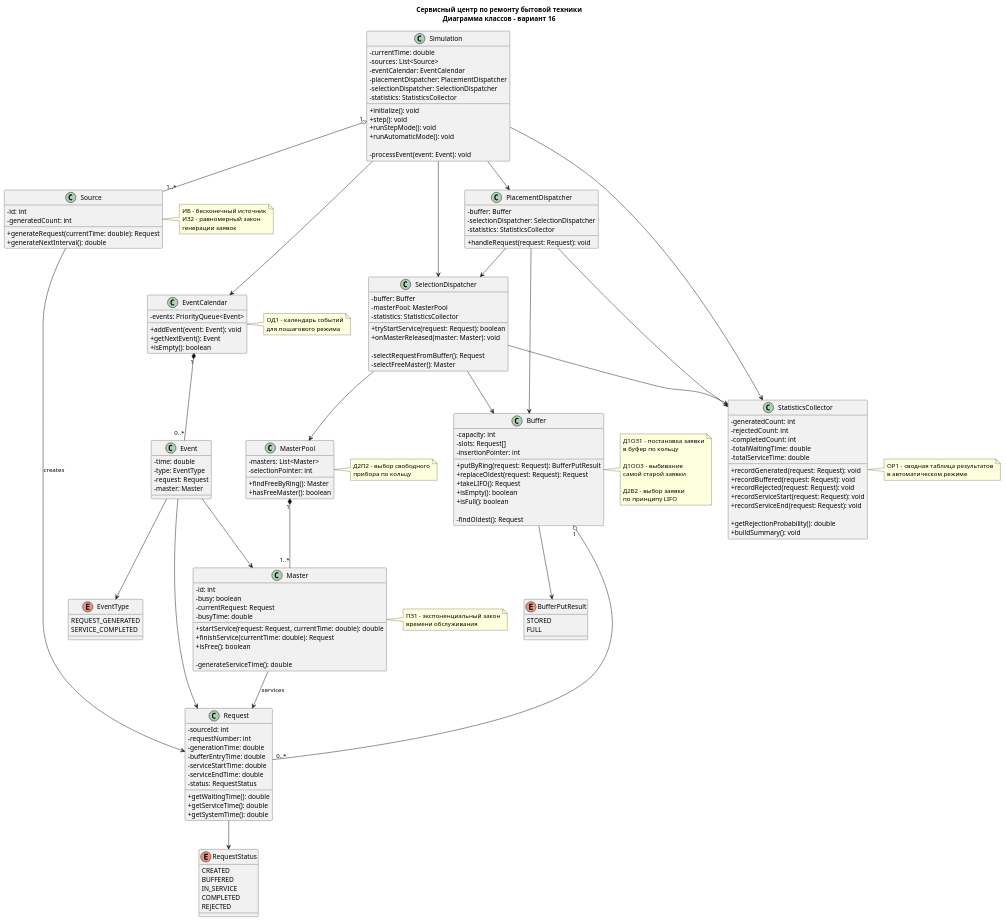
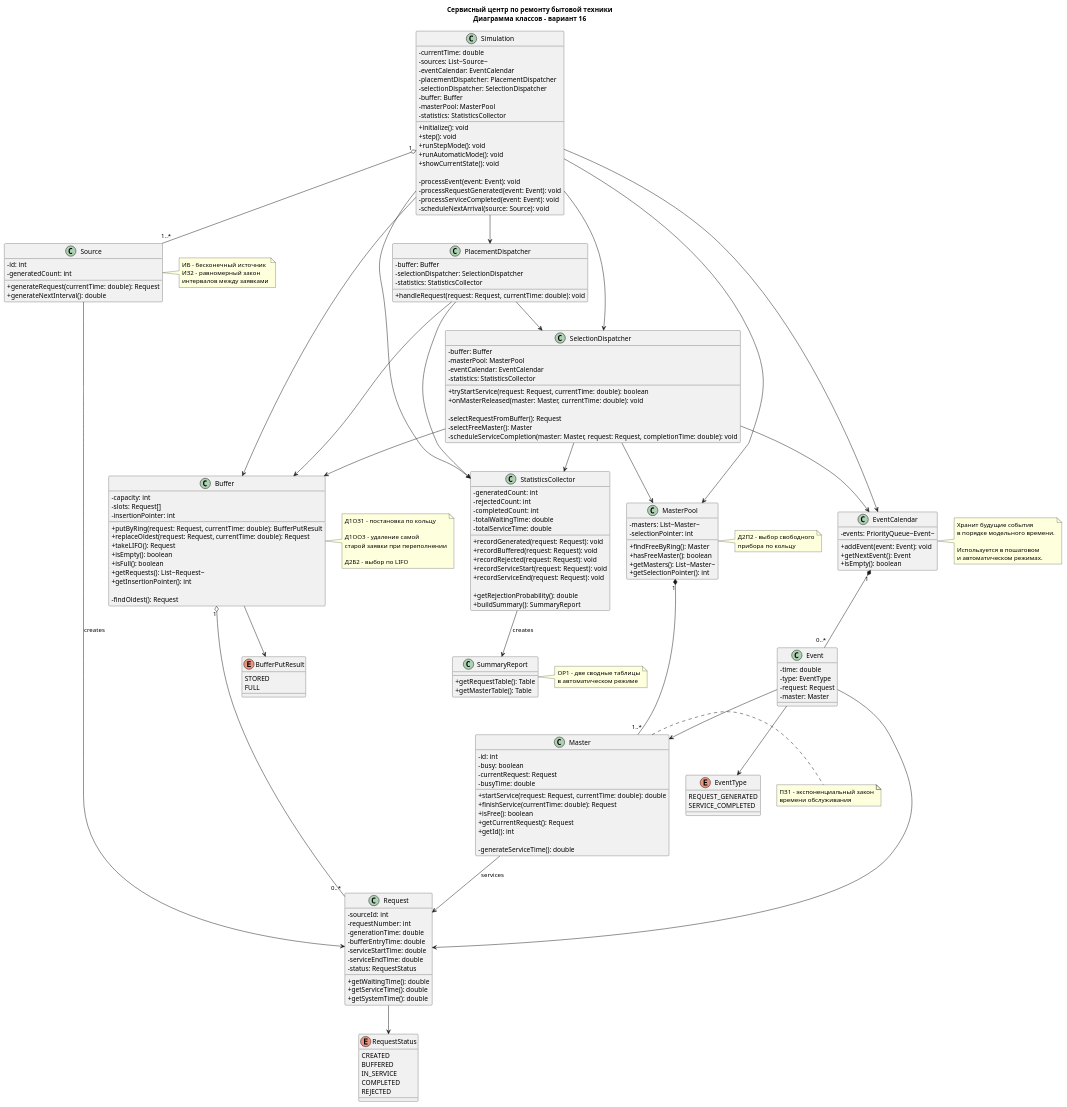
One commit to aishasanatbekovabishkek/aps-sanatbekova changed the diagram in docs/diagrams/class/class-diagram.puml. Above: the diagram before and after it, drawn with PlantUML. The commit also changed other lines of this file, not shown here.

```diff
--- a/docs/diagrams/class/class-diagram.puml
+++ b/docs/diagrams/class/class-diagram.puml
@@ -15,7 +16,7 @@
 note right of Source
 ИБ - бесконечный источник
 ИЗ2 - равномерный закон
-генерации заявок
+интервалов между заявками
 end note
 
 class Request {
@@ -45,7 +46,7 @@
     - selectionDispatcher: SelectionDispatcher
     - statistics: StatisticsCollector
 
-    + handleRequest(request: Request): void
+    + handleRequest(request: Request, currentTime: double): void
 }
 
 class Buffer {
@@ -53,24 +54,24 @@
     - slots: Request[]
     - insertionPointer: int
 
-    + putByRing(request: Request): BufferPutResult
-    + replaceOldest(request: Request): Request
+    + putByRing(request: Request, currentTime: double): BufferPutResult
+    + replaceOldest(request: Request, currentTime: double): Request
     + takeLIFO(): Request
     + isEmpty(): boolean
     + isFull(): boolean
+    + getRequests(): List~Request~
+    + getInsertionPointer(): int
 
     - findOldest(): Request
 }
 
 note right of Buffer
-Д1ОЗ1 - постановка заявки
-в буфер по кольцу
+Д1ОЗ1 - постановка по кольцу
 
-Д1ОО3 - выбивание
-самой старой заявки
+Д1ОО3 - удаление самой
+старой заявки при переполнении
 
-Д2Б2 - выбор заявки
-по принципу LIFO
+Д2Б2 - выбор по LIFO
 end note
 
 enum BufferPutResult {
@@ -81,21 +82,25 @@
 class SelectionDispatcher {
     - buffer: Buffer
     - masterPool: MasterPool
+    - eventCalendar: EventCalendar
     - statistics: StatisticsCollector
 
-    + tryStartService(request: Request): boolean
-    + onMasterReleased(master: Master): void
+    + tryStartService(request: Request, currentTime: double): boolean
+    + onMasterReleased(master: Master, currentTime: double): void
 
     - selectRequestFromBuffer(): Request
     - selectFreeMaster(): Master
+    - scheduleServiceCompletion(master: Master, request: Request, completionTime: double): void
 }
 
 class MasterPool {
-    - masters: List<Master>
+    - masters: List~Master~
     - selectionPointer: int
 
     + findFreeByRing(): Master
     + hasFreeMaster(): boolean
+    + getMasters(): List~Master~
+    + getSelectionPointer(): int
 }
 
 note right of MasterPool
@@ -112,6 +117,8 @@
     + startService(request: Request, currentTime: double): double
     + finishService(currentTime: double): Request
     + isFree(): boolean
+    + getCurrentRequest(): Request
+    + getId(): int
 
     - generateServiceTime(): double
 }
@@ -134,7 +141,7 @@
 }
 
 class EventCalendar {
-    - events: PriorityQueue<Event>
+    - events: PriorityQueue~Event~
 
     + addEvent(event: Event): void
     + getNextEvent(): Event
@@ -142,8 +149,11 @@
 }
 
 note right of EventCalendar
-ОД1 - календарь событий
-для пошагового режима
+Хранит будущие события
+в порядке модельного времени.
+
+Используется в пошаговом
+и автоматическом режимах.
 end note
 
 class StatisticsCollector {
@@ -160,28 +170,39 @@
     + recordServiceEnd(request: Request): void
 
     + getRejectionProbability(): double
-    + buildSummary(): void
+    + buildSummary(): SummaryReport
 }
 
-note right of StatisticsCollector
-ОР1 - сводная таблица результатов
+class SummaryReport {
+    + getRequestTable(): Table
+    + getMasterTable(): Table
+}
+
+note right of SummaryReport
+ОР1 - две сводные таблицы
 в автоматическом режиме
 end note
 
 class Simulation {
     - currentTime: double
-    - sources: List<Source>
+    - sources: List~Source~
     - eventCalendar: EventCalendar
     - placementDispatcher: PlacementDispatcher
     - selectionDispatcher: SelectionDispatcher
+    - buffer: Buffer
+    - masterPool: MasterPool
     - statistics: StatisticsCollector
 
     + initialize(): void
     + step(): void
     + runStepMode(): void
     + runAutomaticMode(): void
+    + showCurrentState(): void
 
     - processEvent(event: Event): void
+    - processRequestGenerated(event: Event): void
+    - processServiceCompleted(event: Event): void
+    - scheduleNextArrival(source: Source): void
 }
 
 Source --> Request : creates
@@ -193,6 +214,7 @@
 
 SelectionDispatcher --> Buffer
 SelectionDispatcher --> MasterPool
+SelectionDispatcher --> EventCalendar
 SelectionDispatcher --> StatisticsCollector
 
 MasterPool "1" *-- "1..*" Master
@@ -207,10 +229,14 @@
 
 EventCalendar "1" *-- "0..*" Event
 
+StatisticsCollector --> SummaryReport : creates
+
 Simulation "1" o-- "1..*" Source
 Simulation --> EventCalendar
 Simulation --> PlacementDispatcher
 Simulation --> SelectionDispatcher
+Simulation --> Buffer
+Simulation --> MasterPool
 Simulation --> StatisticsCollector
 
 @enduml
```
